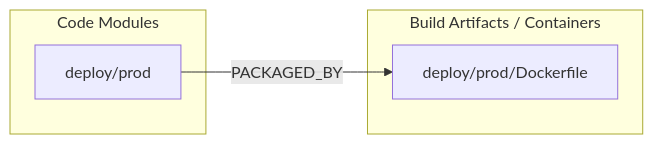
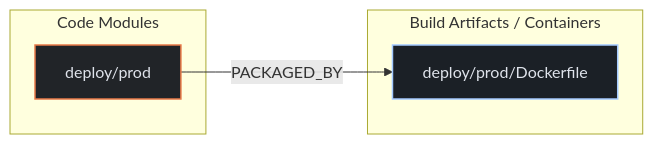
The second of 3 diagrams in exports/latest/reports/twentyhq-favicon-report.md (kumarshaz/atruss-code-atlas), drawn with Mermaid before and after one commit. The commit also changed other lines of this file and 331 other files, not shown here.

Commit message:
docs,ui,fix: update SDLC docs, reorder CI/CD DAG first, stylize Mermaid, and fix Arc42 pipeline topology

````diff
--- a/exports/latest/reports/twentyhq-favicon-report.md
+++ b/exports/latest/reports/twentyhq-favicon-report.md
@@ -129,10 +136,14 @@
 ```mermaid
 flowchart LR
+    classDef atlasCategory fill:#212428,stroke:#E87A48,stroke-width:1.5px,color:#dfe3eb
+    classDef atlasWorkflow fill:#1b2026,stroke:#a3c9ff,stroke-width:1.5px,color:#dfe3eb
+    classDef atlasJob fill:#171c22,stroke:#8d9199,stroke-width:1px,color:#dfe3eb
+    classDef atlasTarget fill:#005227,stroke:#8bd99b,stroke-width:1.5px,color:#a7f6b6
     subgraph code_modules["Code Modules"]
-        mod_deploy_prod["deploy/prod"]
+        mod_deploy_prod["deploy/prod"]:::atlasCategory
     end
     subgraph build_artifacts["Build Artifacts / Containers"]
-        art_deploy_prod_Dockerfile["deploy/prod/Dockerfile"]
+        art_deploy_prod_Dockerfile["deploy/prod/Dockerfile"]:::atlasWorkflow
     end
     mod_deploy_prod -->|PACKAGED_BY| art_deploy_prod_Dockerfile
 ```
````
